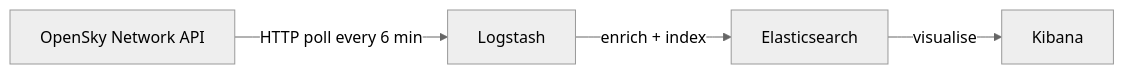
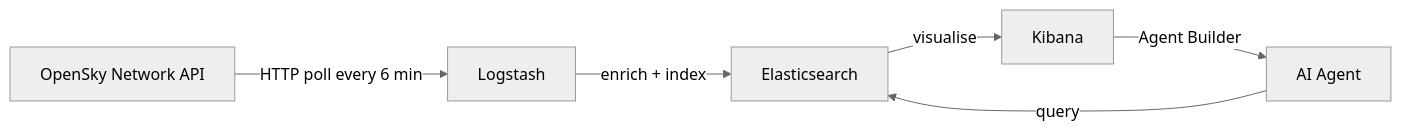
The diagram in README.md (face0b1101/adsb-demo), drawn with Mermaid (neutral theme) before and after one commit. The commit also changed other lines of this file and 12 other files, not shown here.

````diff
--- a/README.md
+++ b/README.md
@@ -11,11 +11,14 @@
 ```mermaid
 flowchart LR
     OSN["OpenSky Network API"]
     LS["Logstash"]
     ES["Elasticsearch"]
     KB["Kibana"]
+    AB["AI Agent"]
 
     OSN -->|"HTTP poll every 6 min"| LS
     LS -->|"enrich + index"| ES
     ES -->|"visualise"| KB
+    AB -->|"query"| ES
+    KB -->|"Agent Builder"| AB
 ```
````
